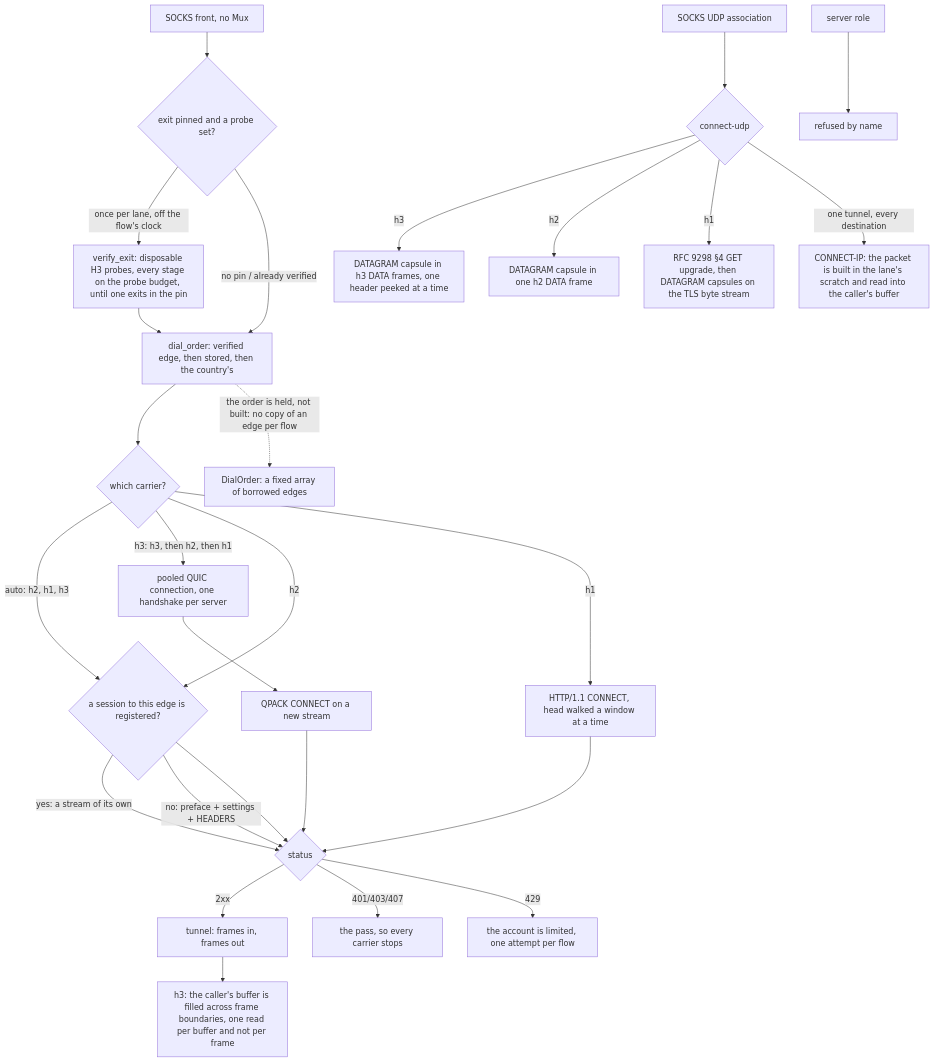
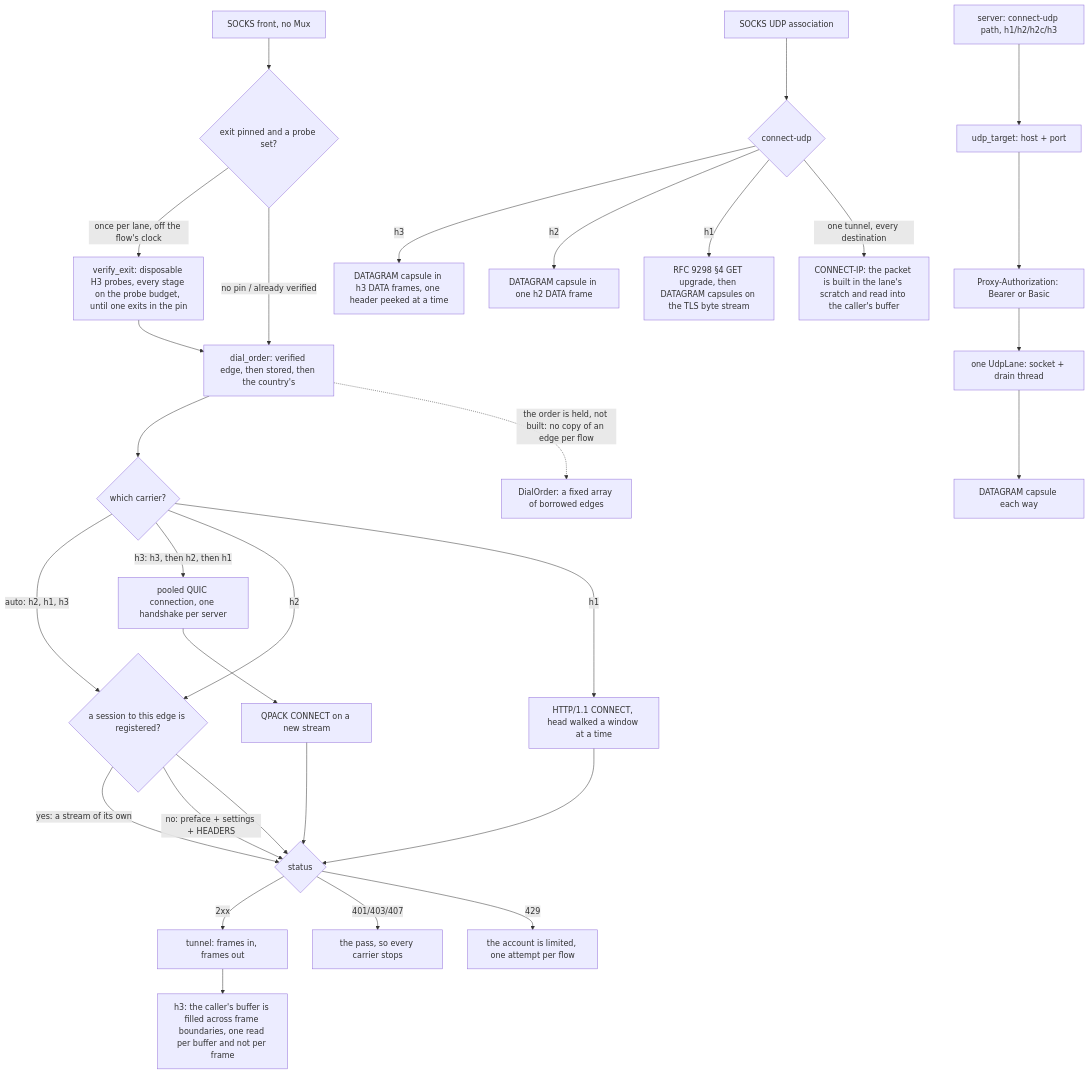
The diagram in docs/function/carrier-foxy.md (Ferrocite/ferrox), drawn with Mermaid before and after one commit. The commit also changed other lines of this file and 5 other files, not shown here.

Commit message:
masque: serve CONNECT-UDP over h1, h2, h2c and h3 (row 22)

````diff
--- a/docs/function/carrier-foxy.md
+++ b/docs/function/carrier-foxy.md
@@ -28,29 +30,32 @@
 ```mermaid
 graph TD
     S["SOCKS front, no Mux"] --> V{"exit pinned and a probe set?"}
     V -- "once per lane, off the flow's clock" --> P["verify_exit: disposable H3 probes, every stage on the probe budget, until one exits in the pin"]
     P --> O["dial_order: verified edge, then stored, then the country's"]
     V -- "no pin / already verified" --> O
     O --> T{"which carrier?"}
     O -. "the order is held, not built: no copy of an edge per flow" .-> ON["DialOrder: a fixed array of borrowed edges"]
     T -- "auto: h2, h1, h3" --> G
     T -- "h3: h3, then h2, then h1" --> Pq["pooled QUIC connection, one handshake per server"]
     Pq --> H["QPACK CONNECT on a new stream"]
     T -- h2 --> G{"a session to this edge is registered?"}
     G -- "yes: a stream of its own" --> R
     G -- "no: preface + settings + HEADERS" --> R
     T -- h1 --> L["HTTP/1.1 CONNECT, head walked a window at a time"]
     H --> R{"status"}
     G --> R
     L --> R
     R -- 2xx --> D["tunnel: frames in, frames out"]
     D --> D2["h3: the caller's buffer is filled across frame boundaries, one read per buffer and not per frame"]
     R -- 401/403/407 --> X["the pass, so every carrier stops"]
     R -- 429 --> Y["the account is limited, one attempt per flow"]
     U["SOCKS UDP association"] --> Q{"connect-udp"}
     Q -- h3 --> C["DATAGRAM capsule in h3 DATA frames, one header peeked at a time"]
     Q -- h2 --> E["DATAGRAM capsule in one h2 DATA frame"]
     Q -- h1 --> E1["RFC 9298 §4 GET upgrade, then DATAGRAM capsules on the TLS byte stream"]
     Q -- "one tunnel, every destination" --> I["CONNECT-IP: the packet is built in the lane's scratch and read into the caller's buffer"]
-    H2S["server role"] --> N["refused by name"]
+    S1["server: connect-udp path, h1/h2/h2c/h3"] --> S2["udp_target: host + port"]
+    S2 --> S3["Proxy-Authorization: Bearer or Basic"]
+    S3 --> S4["one UdpLane: socket + drain thread"]
+    S4 --> S5["DATAGRAM capsule each way"]
 ```
````
